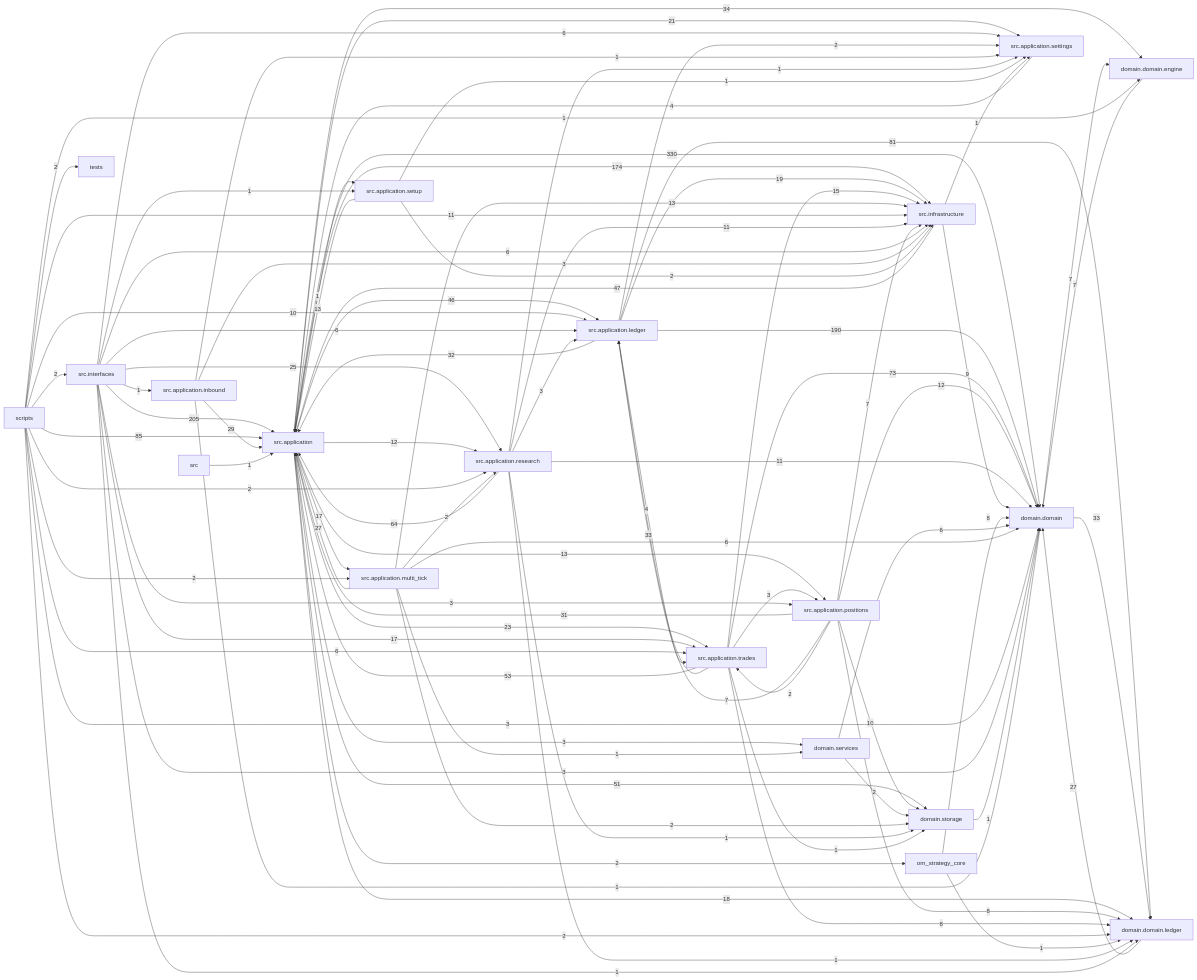
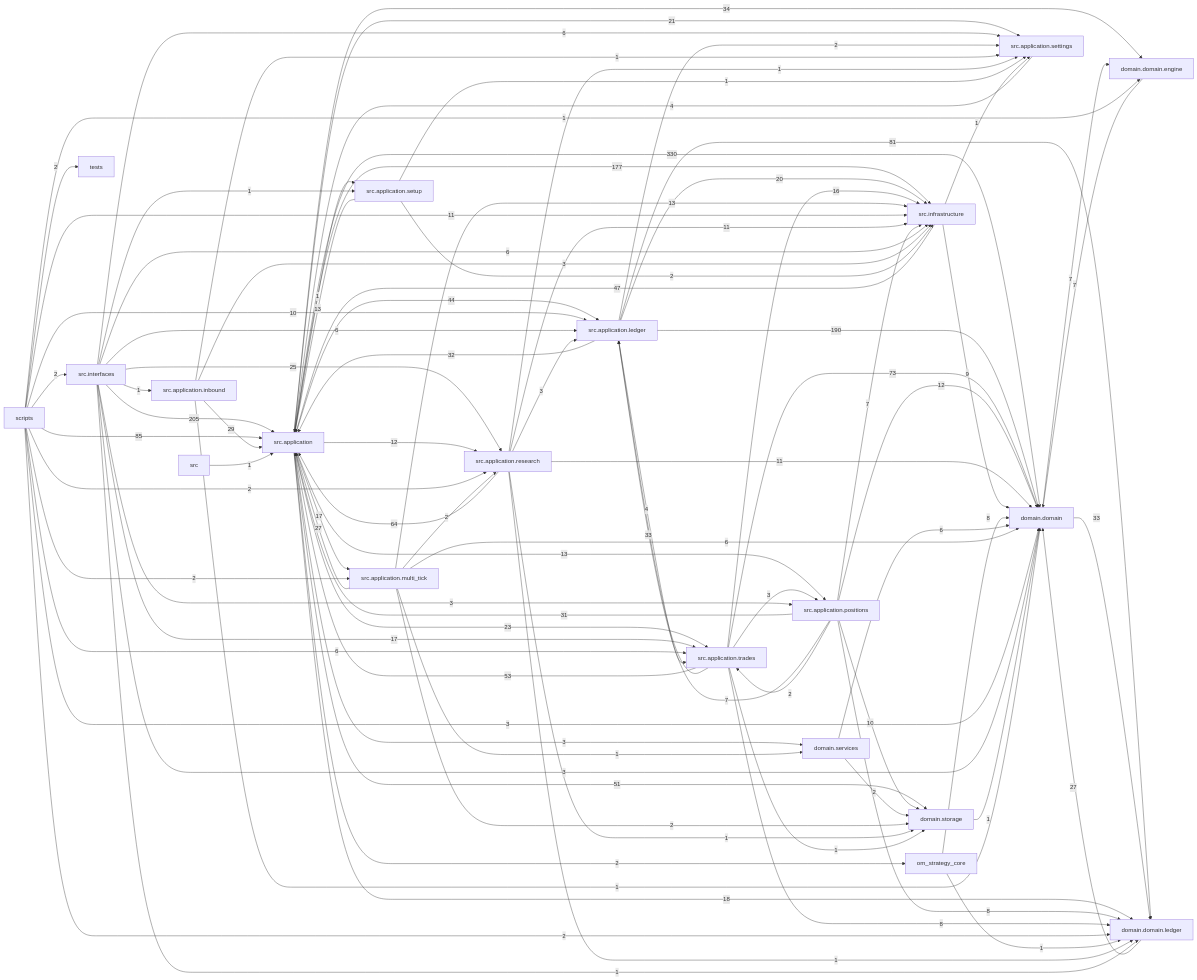
Before and after one commit to liuxie066/options-monitor: the diagram in docs/dependency_graph.mmd, drawn with Mermaid. The commit also changed 10 other files, not shown here.

```diff
--- a/docs/dependency_graph.mmd
+++ b/docs/dependency_graph.mmd
@@ -1,91 +1,91 @@
 flowchart LR
   src_application["src.application"] -->|330| domain_domain["domain.domain"]
   src_interfaces["src.interfaces"] -->|205| src_application["src.application"]
   src_application_ledger["src.application.ledger"] -->|190| domain_domain["domain.domain"]
-  src_application["src.application"] -->|174| src_infrastructure["src.infrastructure"]
+  src_application["src.application"] -->|177| src_infrastructure["src.infrastructure"]
   scripts["scripts"] -->|85| src_application["src.application"]
   src_application_ledger["src.application.ledger"] -->|81| domain_domain_ledger["domain.domain.ledger"]
   src_application_trades["src.application.trades"] -->|73| domain_domain["domain.domain"]
   src_application_research["src.application.research"] -->|64| src_application["src.application"]
   src_application_trades["src.application.trades"] -->|53| src_application["src.application"]
   src_application["src.application"] -->|51| domain_storage["domain.storage"]
   src_infrastructure["src.infrastructure"] -->|47| src_application["src.application"]
-  src_application["src.application"] -->|46| src_application_ledger["src.application.ledger"]
+  src_application["src.application"] -->|44| src_application_ledger["src.application.ledger"]
   src_application["src.application"] -->|34| domain_domain_engine["domain.domain.engine"]
   domain_domain["domain.domain"] -->|33| domain_domain_ledger["domain.domain.ledger"]
   src_application_trades["src.application.trades"] -->|33| src_application_ledger["src.application.ledger"]
   src_application_ledger["src.application.ledger"] -->|32| src_application["src.application"]
   src_application_positions["src.application.positions"] -->|31| src_application["src.application"]
   src_application_inbound["src.application.inbound"] -->|29| src_application["src.application"]
   domain_domain_ledger["domain.domain.ledger"] -->|27| domain_domain["domain.domain"]
   src_application_multi_tick["src.application.multi_tick"] -->|27| src_application["src.application"]
   src_interfaces["src.interfaces"] -->|25| src_application_research["src.application.research"]
   src_application["src.application"] -->|23| src_application_trades["src.application.trades"]
   src_application["src.application"] -->|21| src_application_settings["src.application.settings"]
-  src_application_ledger["src.application.ledger"] -->|19| src_infrastructure["src.infrastructure"]
+  src_application_ledger["src.application.ledger"] -->|20| src_infrastructure["src.infrastructure"]
   src_application["src.application"] -->|18| domain_domain_ledger["domain.domain.ledger"]
   src_application["src.application"] -->|17| src_application_multi_tick["src.application.multi_tick"]
   src_interfaces["src.interfaces"] -->|17| src_application_trades["src.application.trades"]
-  src_application_trades["src.application.trades"] -->|15| src_infrastructure["src.infrastructure"]
+  src_application_trades["src.application.trades"] -->|16| src_infrastructure["src.infrastructure"]
   src_application["src.application"] -->|13| src_application_positions["src.application.positions"]
   src_application_multi_tick["src.application.multi_tick"] -->|13| src_infrastructure["src.infrastructure"]
   src_application_setup["src.application.setup"] -->|13| src_application["src.application"]
   src_application["src.application"] -->|12| src_application_research["src.application.research"]
   src_application_positions["src.application.positions"] -->|12| domain_domain["domain.domain"]
   scripts["scripts"] -->|11| src_infrastructure["src.infrastructure"]
   src_application_research["src.application.research"] -->|11| domain_domain["domain.domain"]
   src_application_research["src.application.research"] -->|11| src_infrastructure["src.infrastructure"]
   scripts["scripts"] -->|10| src_application_ledger["src.application.ledger"]
   src_application_positions["src.application.positions"] -->|10| domain_storage["domain.storage"]
   src_infrastructure["src.infrastructure"] -->|9| domain_domain["domain.domain"]
   om_strategy_core["om_strategy_core"] -->|8| domain_domain["domain.domain"]
   src_application_positions["src.application.positions"] -->|8| domain_domain_ledger["domain.domain.ledger"]
   src_application_trades["src.application.trades"] -->|8| domain_domain_ledger["domain.domain.ledger"]
   domain_domain["domain.domain"] -->|7| domain_domain_engine["domain.domain.engine"]
   domain_domain_engine["domain.domain.engine"] -->|7| domain_domain["domain.domain"]
   src_application_positions["src.application.positions"] -->|7| src_application_ledger["src.application.ledger"]
   src_application_positions["src.application.positions"] -->|7| src_infrastructure["src.infrastructure"]
   domain_services["domain.services"] -->|6| domain_domain["domain.domain"]
   scripts["scripts"] -->|6| src_application_trades["src.application.trades"]
   src_application_multi_tick["src.application.multi_tick"] -->|6| domain_domain["domain.domain"]
   src_interfaces["src.interfaces"] -->|6| src_application_ledger["src.application.ledger"]
   src_interfaces["src.interfaces"] -->|6| src_application_settings["src.application.settings"]
   src_interfaces["src.interfaces"] -->|6| src_infrastructure["src.infrastructure"]
   src_application_ledger["src.application.ledger"] -->|4| src_application_trades["src.application.trades"]
   src_application_settings["src.application.settings"] -->|4| src_application["src.application"]
   scripts["scripts"] -->|3| domain_domain["domain.domain"]
   src_application["src.application"] -->|3| domain_services["domain.services"]
   src_application_inbound["src.application.inbound"] -->|3| src_infrastructure["src.infrastructure"]
   src_application_research["src.application.research"] -->|3| src_application_ledger["src.application.ledger"]
   src_application_trades["src.application.trades"] -->|3| src_application_positions["src.application.positions"]
   src_interfaces["src.interfaces"] -->|3| domain_domain["domain.domain"]
   src_interfaces["src.interfaces"] -->|3| src_application_positions["src.application.positions"]
   domain_services["domain.services"] -->|2| domain_storage["domain.storage"]
   scripts["scripts"] -->|2| domain_domain_ledger["domain.domain.ledger"]
   scripts["scripts"] -->|2| src_application_multi_tick["src.application.multi_tick"]
   scripts["scripts"] -->|2| src_application_research["src.application.research"]
   scripts["scripts"] -->|2| src_interfaces["src.interfaces"]
   scripts["scripts"] -->|2| tests["tests"]
   src_application["src.application"] -->|2| om_strategy_core["om_strategy_core"]
   src_application_ledger["src.application.ledger"] -->|2| src_application_settings["src.application.settings"]
   src_application_multi_tick["src.application.multi_tick"] -->|2| domain_storage["domain.storage"]
   src_application_multi_tick["src.application.multi_tick"] -->|2| src_application_research["src.application.research"]
   src_application_positions["src.application.positions"] -->|2| src_application_trades["src.application.trades"]
   src_application_setup["src.application.setup"] -->|2| src_infrastructure["src.infrastructure"]
   domain_storage["domain.storage"] -->|1| domain_domain["domain.domain"]
   om_strategy_core["om_strategy_core"] -->|1| domain_domain_ledger["domain.domain.ledger"]
   scripts["scripts"] -->|1| domain_domain_engine["domain.domain.engine"]
   src["src"] -->|1| src_application["src.application"]
   src_application["src.application"] -->|1| src_application_setup["src.application.setup"]
   src_application_inbound["src.application.inbound"] -->|1| domain_domain["domain.domain"]
   src_application_inbound["src.application.inbound"] -->|1| src_application_settings["src.application.settings"]
   src_application_multi_tick["src.application.multi_tick"] -->|1| domain_services["domain.services"]
   src_application_research["src.application.research"] -->|1| domain_domain_ledger["domain.domain.ledger"]
   src_application_research["src.application.research"] -->|1| domain_storage["domain.storage"]
   src_application_research["src.application.research"] -->|1| src_application_settings["src.application.settings"]
   src_application_setup["src.application.setup"] -->|1| src_application_settings["src.application.settings"]
   src_application_trades["src.application.trades"] -->|1| domain_storage["domain.storage"]
   src_infrastructure["src.infrastructure"] -->|1| src_application_settings["src.application.settings"]
   src_interfaces["src.interfaces"] -->|1| domain_domain_ledger["domain.domain.ledger"]
   src_interfaces["src.interfaces"] -->|1| src_application_inbound["src.application.inbound"]
   src_interfaces["src.interfaces"] -->|1| src_application_setup["src.application.setup"]
```
